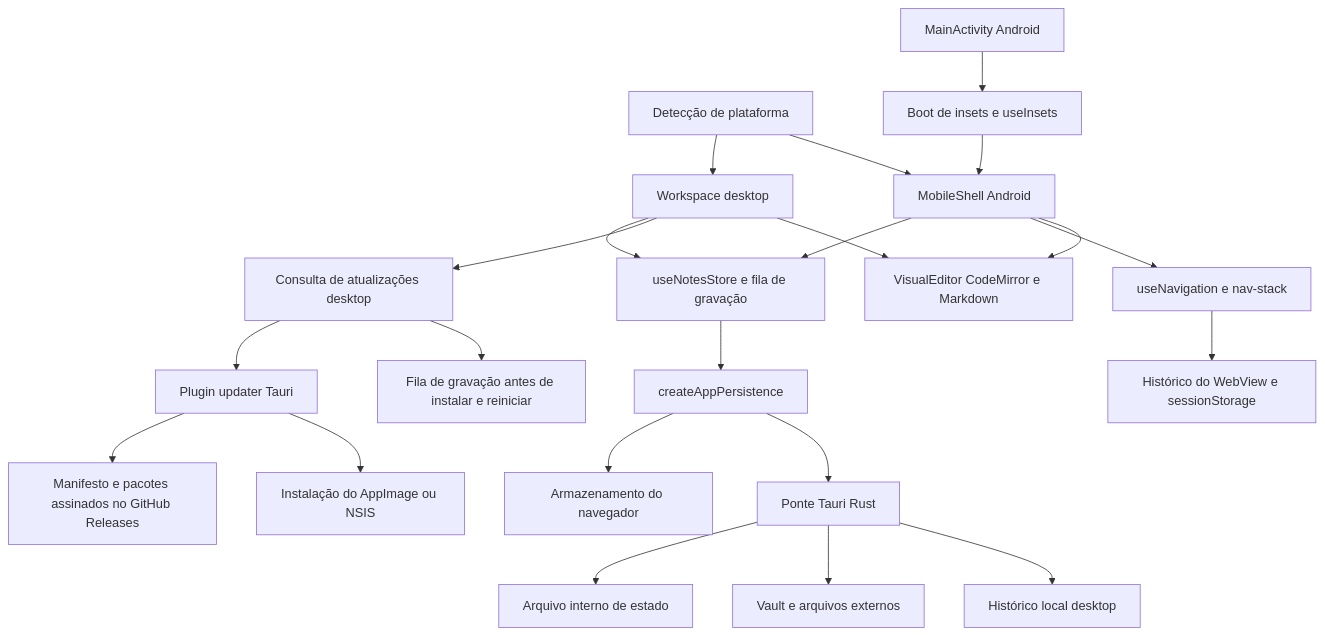
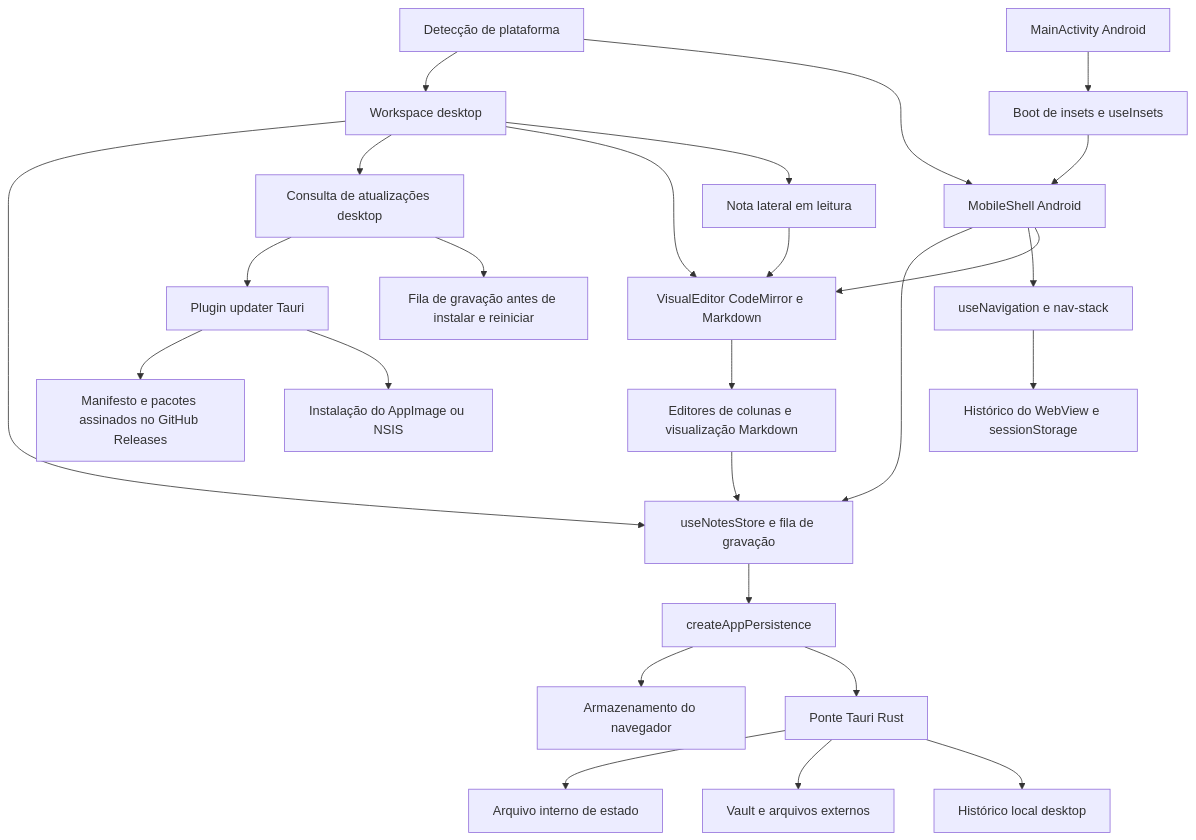
The diagram in docs/architecture.md (dougkusanagi/sloth-noter), drawn with Mermaid before and after one commit. The commit also changed 53 other files, not shown here.

````diff
--- a/docs/architecture.md
+++ b/docs/architecture.md
@@ -6,24 +6,28 @@
 ```mermaid
 flowchart TD
   platform[Detecção de plataforma] --> desktop[Workspace desktop]
   platform --> mobile[MobileShell Android]
   desktop --> store[useNotesStore e fila de gravação]
   mobile --> store
   mobile --> navigation[useNavigation e nav-stack]
   navigation --> browser[Histórico do WebView e sessionStorage]
   desktop --> updates[Consulta de atualizações desktop]
   updates --> updater[Plugin updater Tauri]
   updater --> github[Manifesto e pacotes assinados no GitHub Releases]
   updater --> binary[Instalação do AppImage ou NSIS]
   updates --> saves[Fila de gravação antes de instalar e reiniciar]
   desktop --> editor[VisualEditor CodeMirror e Markdown]
+  desktop --> sideNote[Nota lateral em leitura]
+  sideNote --> editor
   mobile --> editor
+  editor --> columns[Editores de colunas e visualização Markdown]
+  columns --> store
   store --> runtime[createAppPersistence]
   runtime --> web[Armazenamento do navegador]
   runtime --> native[Ponte Tauri Rust]
   native --> state[Arquivo interno de estado]
   native --> vault[Vault e arquivos externos]
   native --> history[Histórico local desktop]
   android[MainActivity Android] --> insets[Boot de insets e useInsets]
   insets --> mobile
 ```
````
